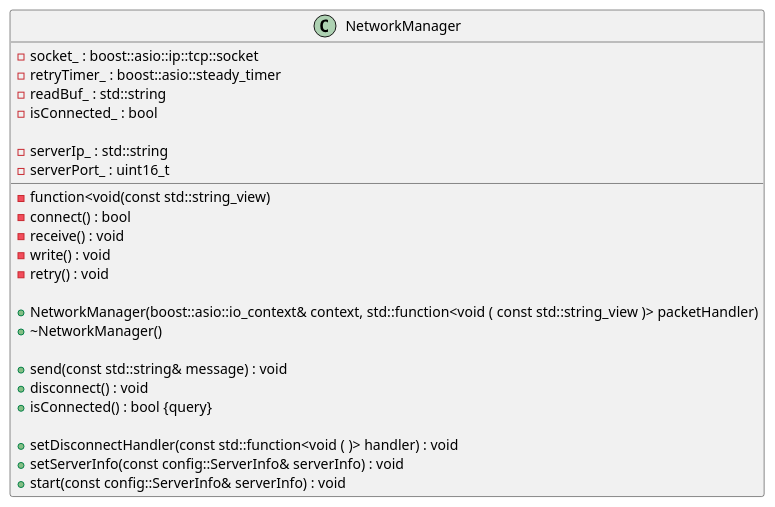
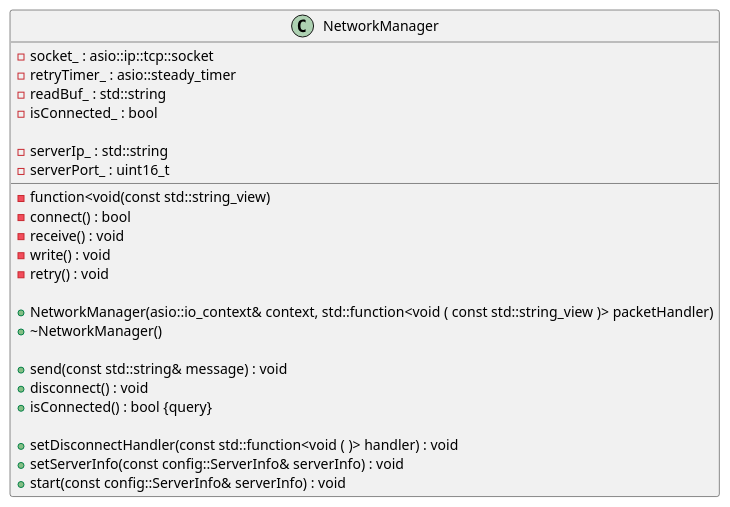
The diagram in doc/uml/class/client/NetworkManagerClass.plantuml (ulb-info2-group5/Royal-Blocks), drawn with PlantUML before and after one commit. The commit also changed 26 other files, not shown here.

Commit message:
use asio instead of boost.asio and FetchContent asio

```diff
--- a/doc/uml/class/client/NetworkManagerClass.plantuml
+++ b/doc/uml/class/client/NetworkManagerClass.plantuml
@@ -1,56 +1,56 @@
 @startuml NetworkManagerClass
 skinparam linetype ortho
 
 
 
 
 /' Objects '/
 
 class NetworkManager {
-	' -context_ : boost::asio::io_context&
-	-socket_ : boost::asio::ip::tcp::socket
-	-retryTimer_ : boost::asio::steady_timer
+	' -context_ : asio::io_context&
+	-socket_ : asio::ip::tcp::socket
+	-retryTimer_ : asio::steady_timer
 	-readBuf_ : std::string
 	-isConnected_ : bool
 
 	-serverIp_ : std::string
 	-serverPort_ : uint16_t
 	
 	-function<void(const std::string_view)
 	-connect() : bool
 	-receive() : void
 	-write() : void
 	-retry() : void
 
-	+NetworkManager(boost::asio::io_context& context, std::function<void ( const std::string_view )> packetHandler)
+	+NetworkManager(asio::io_context& context, std::function<void ( const std::string_view )> packetHandler)
 	+~NetworkManager()
 
 	+send(const std::string& message) : void
 	+disconnect() : void
 	+isConnected() : bool {query}
 
 	+setDisconnectHandler(const std::function<void ( )> handler) : void
 	+setServerInfo(const config::ServerInfo& serverInfo) : void
 	+start(const config::ServerInfo& serverInfo) : void
 }
 
 
 
 
 
 /' Inheritance relationships '/
 
 
 
 
 /' Aggregation relationships '/
 
 
 
 
 
 /' Nested objects '/
 
 
 
 @enduml
```
